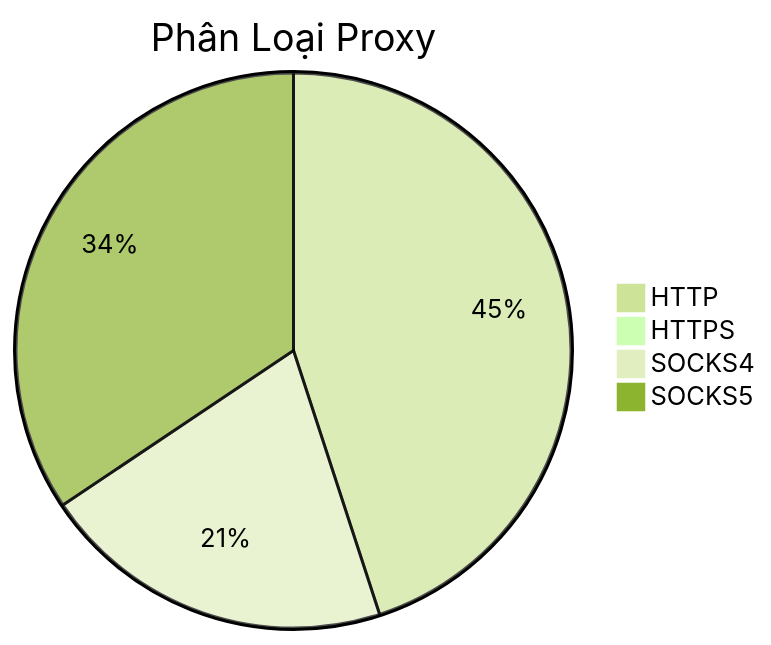
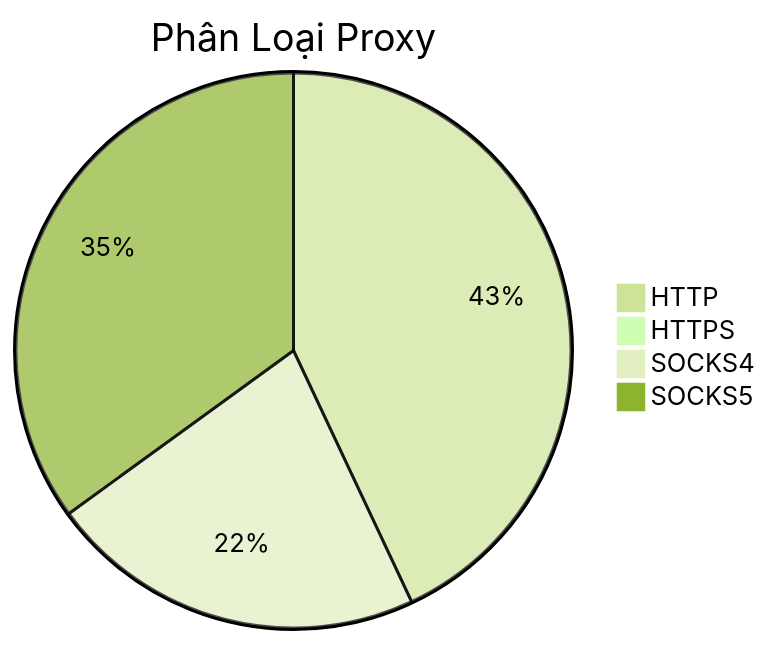
One commit to Ciara-12/PROXY-free changed the diagram in README.md. Above: the diagram before and after it, drawn with Mermaid (forest theme). The commit also changed other lines of this file and 3 other files, not shown here.

````diff
--- a/README.md
+++ b/README.md
@@ -26,7 +26,7 @@
 ```mermaid
 pie title Phân Loại Proxy
-    "HTTP" : 663
+    "HTTP" : 698
     "HTTPS" : 0
-    "SOCKS4" : 304
-    "SOCKS5" : 507
+    "SOCKS4" : 357
+    "SOCKS5" : 568
 ```
````
